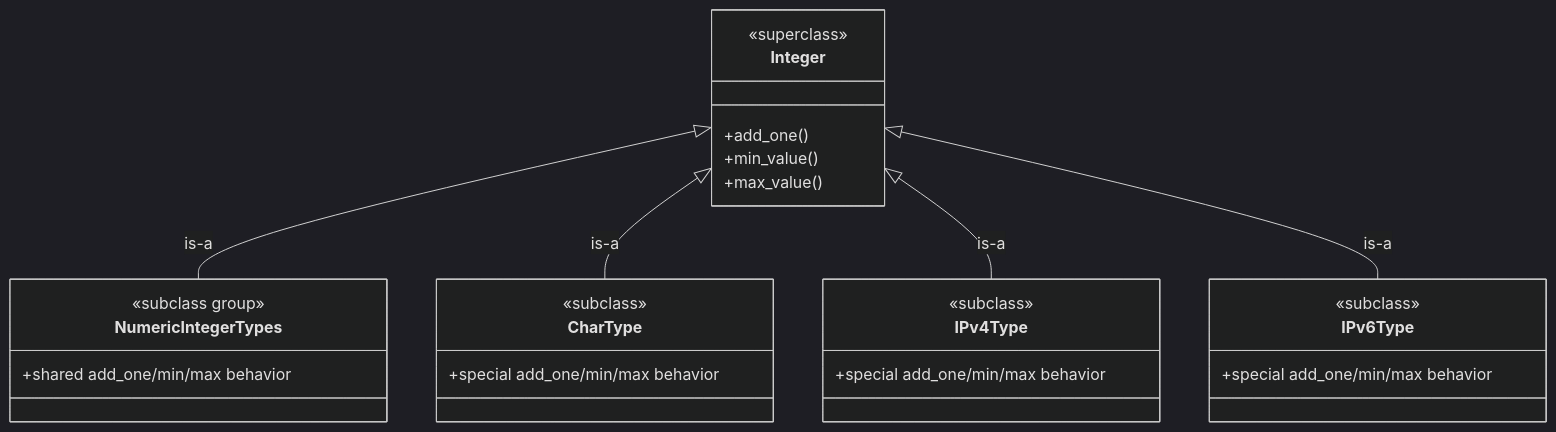
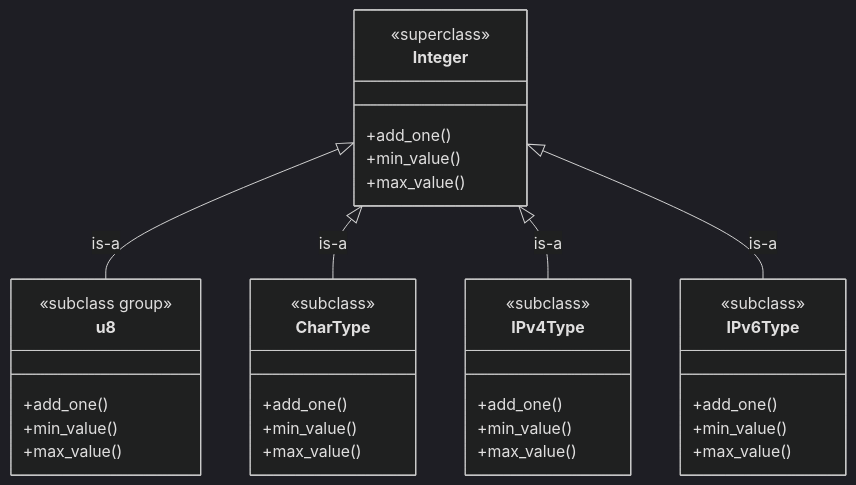
One commit to CarlKCarlK/inherit changed the diagram in examples/5_puzzle.md. Above: the diagram before and after it, drawn with Mermaid (dark theme). The commit also changed other lines of this file and 12 other files, not shown here.

````diff
--- a/examples/5_puzzle.md
+++ b/examples/5_puzzle.md
@@ -12,36 +5,44 @@
 ```mermaid
 classDiagram
     direction TB
 
     class Integer {
         <<superclass>>
         +add_one()
         +min_value()
         +max_value()
     }
 
-    class NumericIntegerTypes {
+    class u8 {
         <<subclass group>>
-        +shared add_one/min/max behavior
+        +add_one()
+        +min_value()
+        +max_value()
     }
 
     class CharType {
         <<subclass>>
-        +special add_one/min/max behavior
+        +add_one()
+        +min_value()
+        +max_value()
     }
 
     class IPv4Type {
         <<subclass>>
-        +special add_one/min/max behavior
+        +add_one()
+        +min_value()
+        +max_value()
     }
 
     class IPv6Type {
         <<subclass>>
-        +special add_one/min/max behavior
+        +add_one()
+        +min_value()
+        +max_value()
     }
 
-    Integer <|-- NumericIntegerTypes : is-a
+    Integer <|-- u8 : is-a
     Integer <|-- CharType : is-a
     Integer <|-- IPv4Type : is-a
     Integer <|-- IPv6Type : is-a
 ```
````
